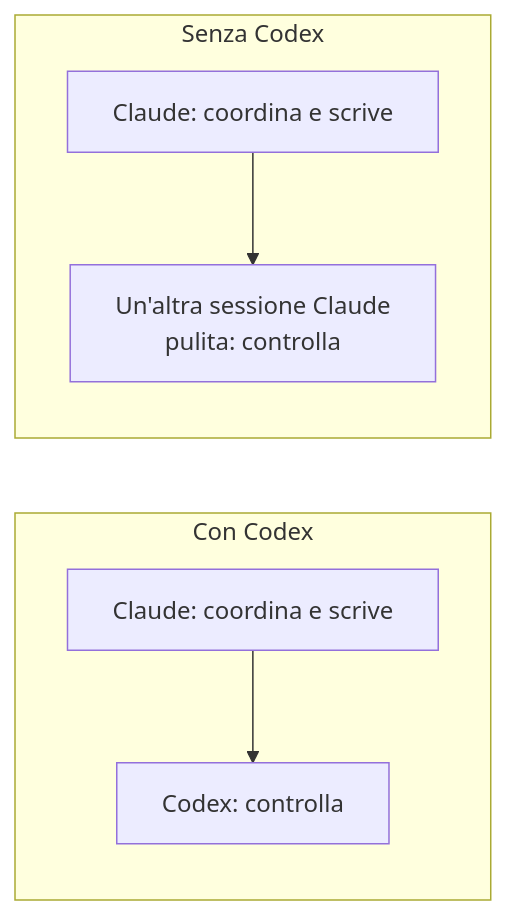
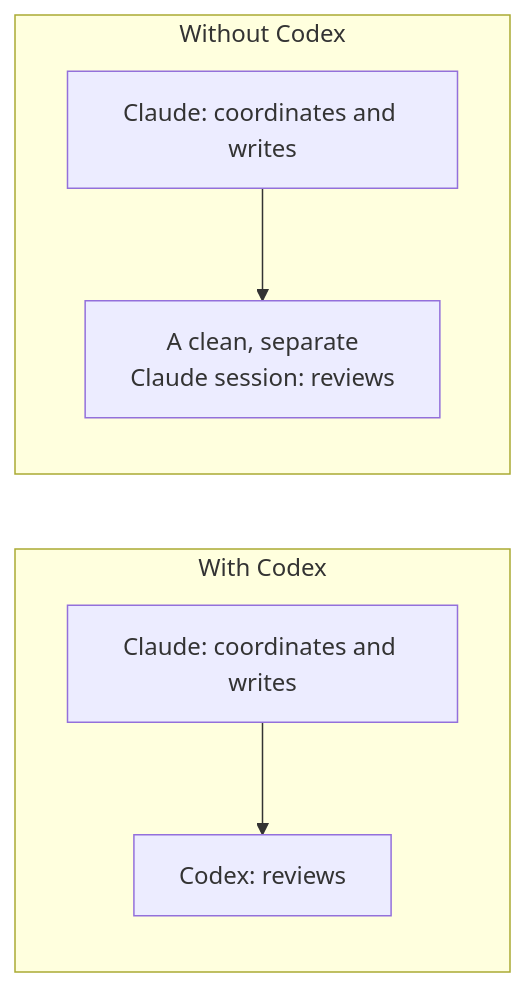
Before and after one commit to priore/omega-loop: the second of 2 diagrams in README.md, drawn with Mermaid. The commit also changed other lines of this file and 10 other files, not shown here.

````diff
--- a/README.md
+++ b/README.md
@@ -52,9 +54,9 @@
 ```mermaid
 flowchart LR
-    subgraph Con Codex
-        C1[Claude: coordina e scrive] --> C2[Codex: controlla]
+    subgraph With Codex
+        C1[Claude: coordinates and writes] --> C2[Codex: reviews]
     end
-    subgraph Senza Codex
-        S1[Claude: coordina e scrive] --> S2[Un'altra sessione Claude<br/>pulita: controlla]
+    subgraph Without Codex
+        S1[Claude: coordinates and writes] --> S2[A clean, separate<br/>Claude session: reviews]
     end
 ```
````
